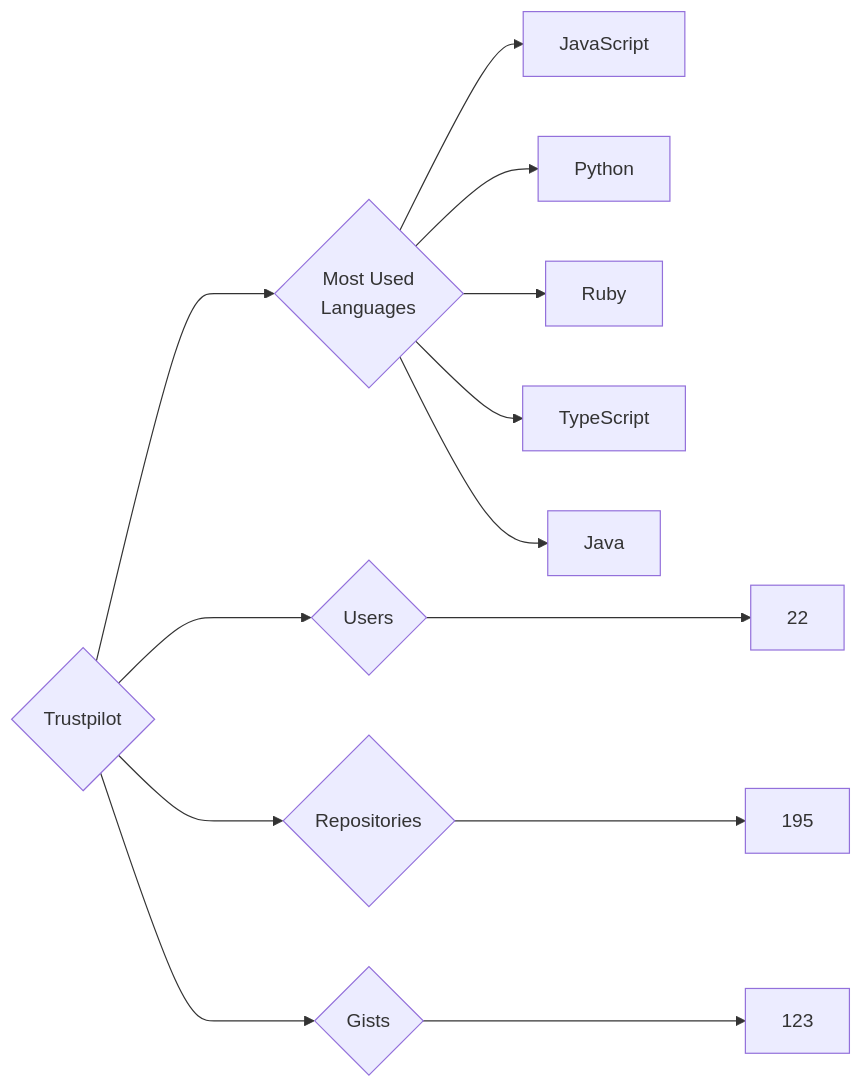
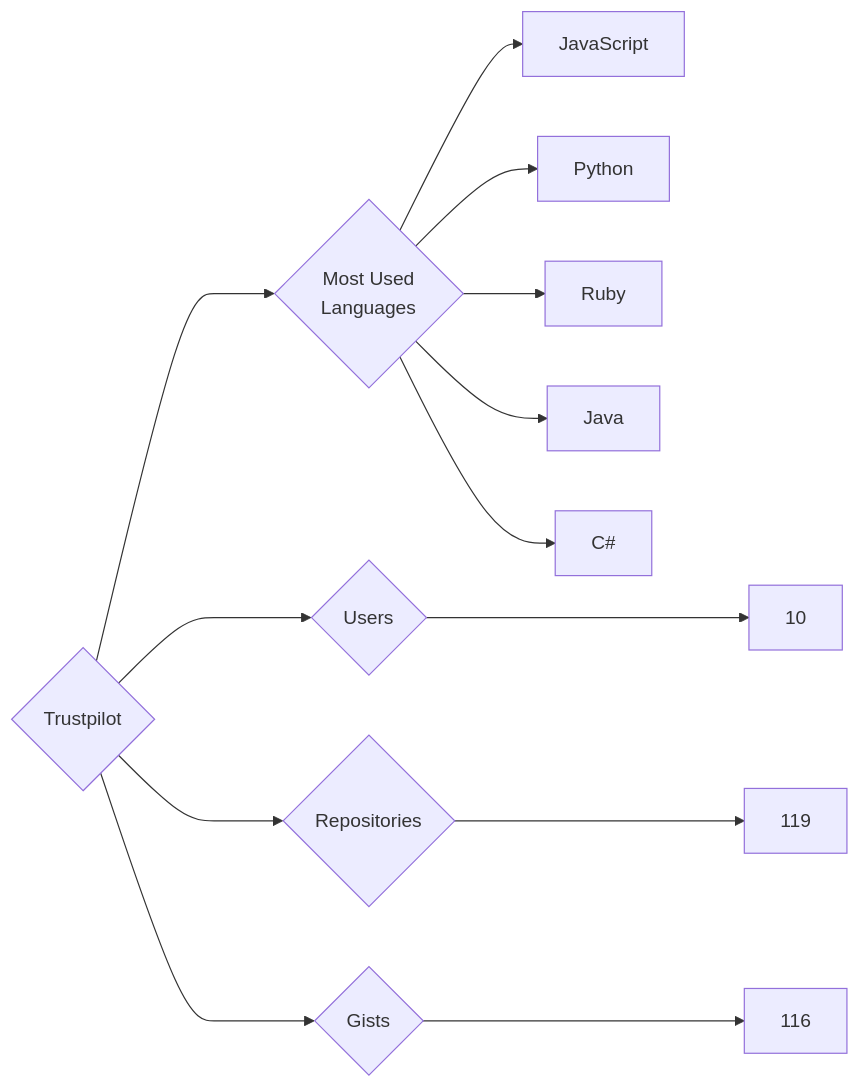
The diagram in targets/Trustpilot/README.md (trickest/insiders), drawn with Mermaid before and after one commit. The commit also changed 728 other files, not shown here.

````diff
--- a/targets/Trustpilot/README.md
+++ b/targets/Trustpilot/README.md
@@ -3,13 +3,13 @@
 ```mermaid
 graph LR
 COMPANY_NAME{Trustpilot}
-COMPANY_NAME ---> U{Users} ---> UN[22]
-COMPANY_NAME ---> R{Repositories} ---> RN[195]
-COMPANY_NAME ---> G{Gists} ---> GN[123]
+COMPANY_NAME ---> U{Users} ---> UN[10]
+COMPANY_NAME ---> R{Repositories} ---> RN[119]
+COMPANY_NAME ---> G{Gists} ---> GN[116]
 COMPANY_NAME ---> ML{Most Used<br>Languages}
 ML --> JavaScript[JavaScript]
 ML --> Python[Python]
 ML --> Ruby[Ruby]
-ML --> TypeScript[TypeScript]
 ML --> Java[Java]
+ML --> C#[C#]
 ```
````
